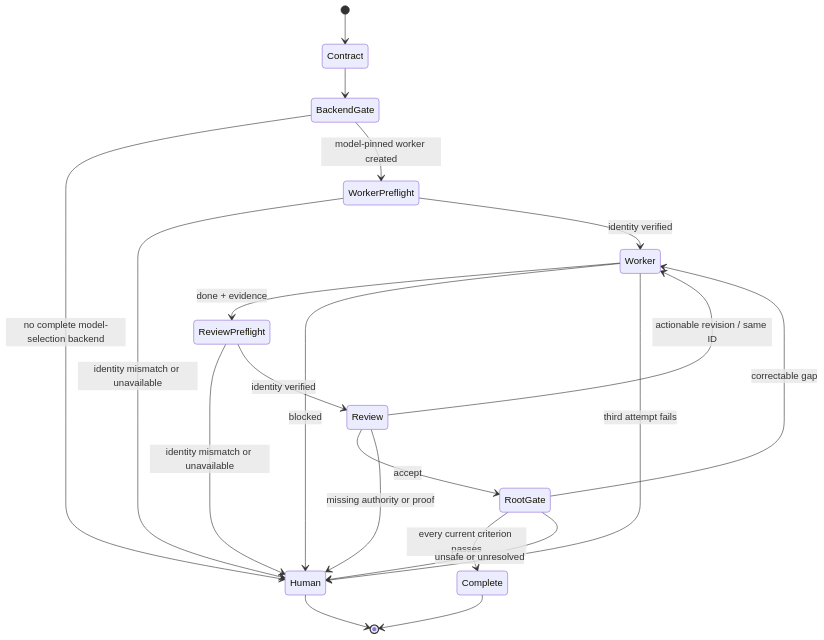
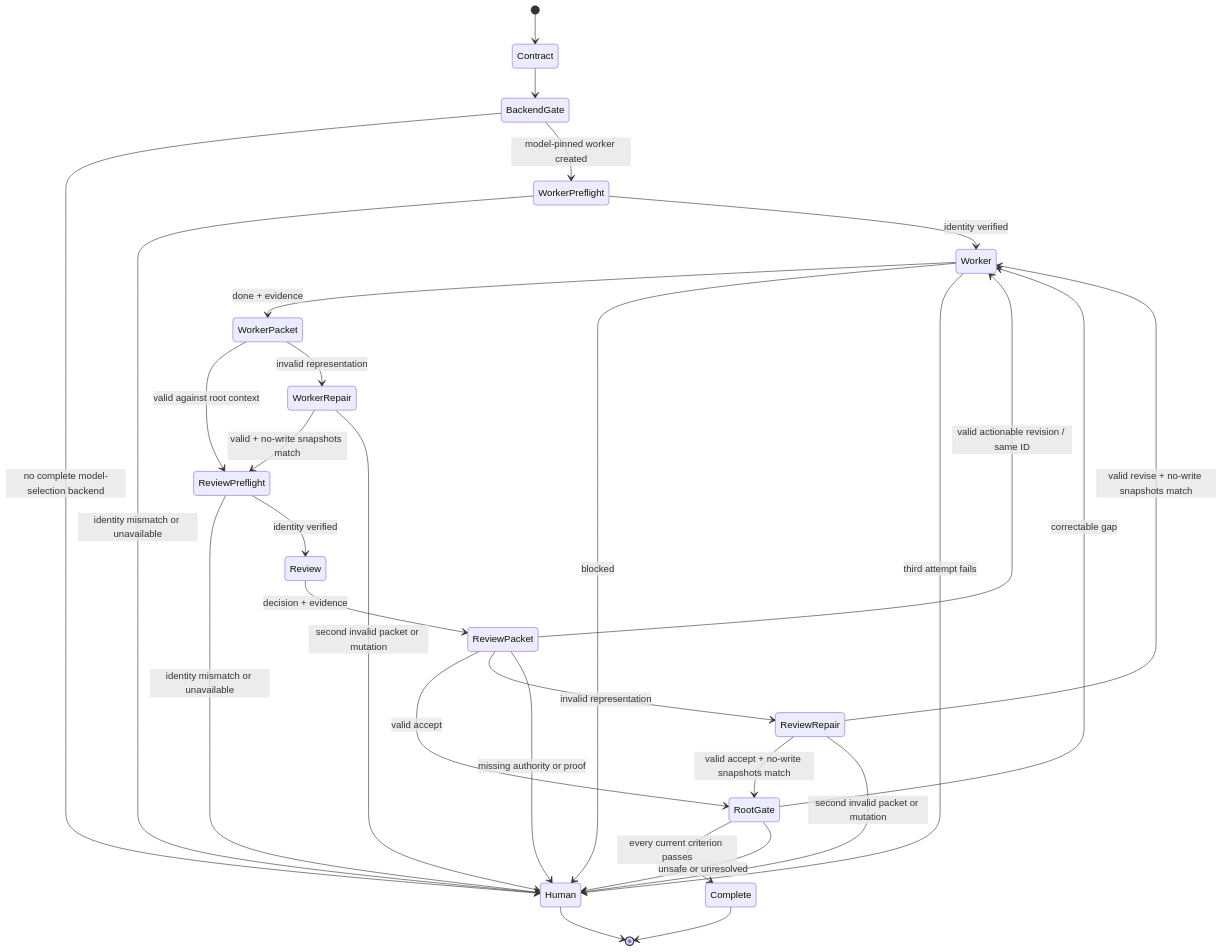
One commit to jeffjhunter/codex-model-router-optimization changed the diagram in docs/architecture.md. Above: the diagram before and after it, drawn with Mermaid. The commit also changed other lines of this file and 33 other files, not shown here.

````diff
--- a/docs/architecture.md
+++ b/docs/architecture.md
@@ -51,22 +52,31 @@
 ```mermaid
 stateDiagram-v2
     [*] --> Contract
     Contract --> BackendGate
     BackendGate --> Human: no complete model-selection backend
     BackendGate --> WorkerPreflight: model-pinned worker created
     WorkerPreflight --> Human: identity mismatch or unavailable
     WorkerPreflight --> Worker: identity verified
-    Worker --> ReviewPreflight: done + evidence
+    Worker --> WorkerPacket: done + evidence
+    WorkerPacket --> ReviewPreflight: valid against root context
+    WorkerPacket --> WorkerRepair: invalid representation
+    WorkerRepair --> ReviewPreflight: valid + no-write snapshots match
+    WorkerRepair --> Human: second invalid packet or mutation
     Worker --> Human: blocked
     ReviewPreflight --> Human: identity mismatch or unavailable
     ReviewPreflight --> Review: identity verified
-    Review --> Worker: actionable revision / same ID
-    Review --> RootGate: accept
-    Review --> Human: missing authority or proof
+    Review --> ReviewPacket: decision + evidence
+    ReviewPacket --> Worker: valid actionable revision / same ID
+    ReviewPacket --> RootGate: valid accept
+    ReviewPacket --> ReviewRepair: invalid representation
+    ReviewRepair --> Worker: valid revise + no-write snapshots match
+    ReviewRepair --> RootGate: valid accept + no-write snapshots match
+    ReviewRepair --> Human: second invalid packet or mutation
+    ReviewPacket --> Human: missing authority or proof
     Worker --> Human: third attempt fails
     RootGate --> Complete: every current criterion passes
     RootGate --> Worker: correctable gap
     RootGate --> Human: unsafe or unresolved
     Complete --> [*]
     Human --> [*]
 ```
````
